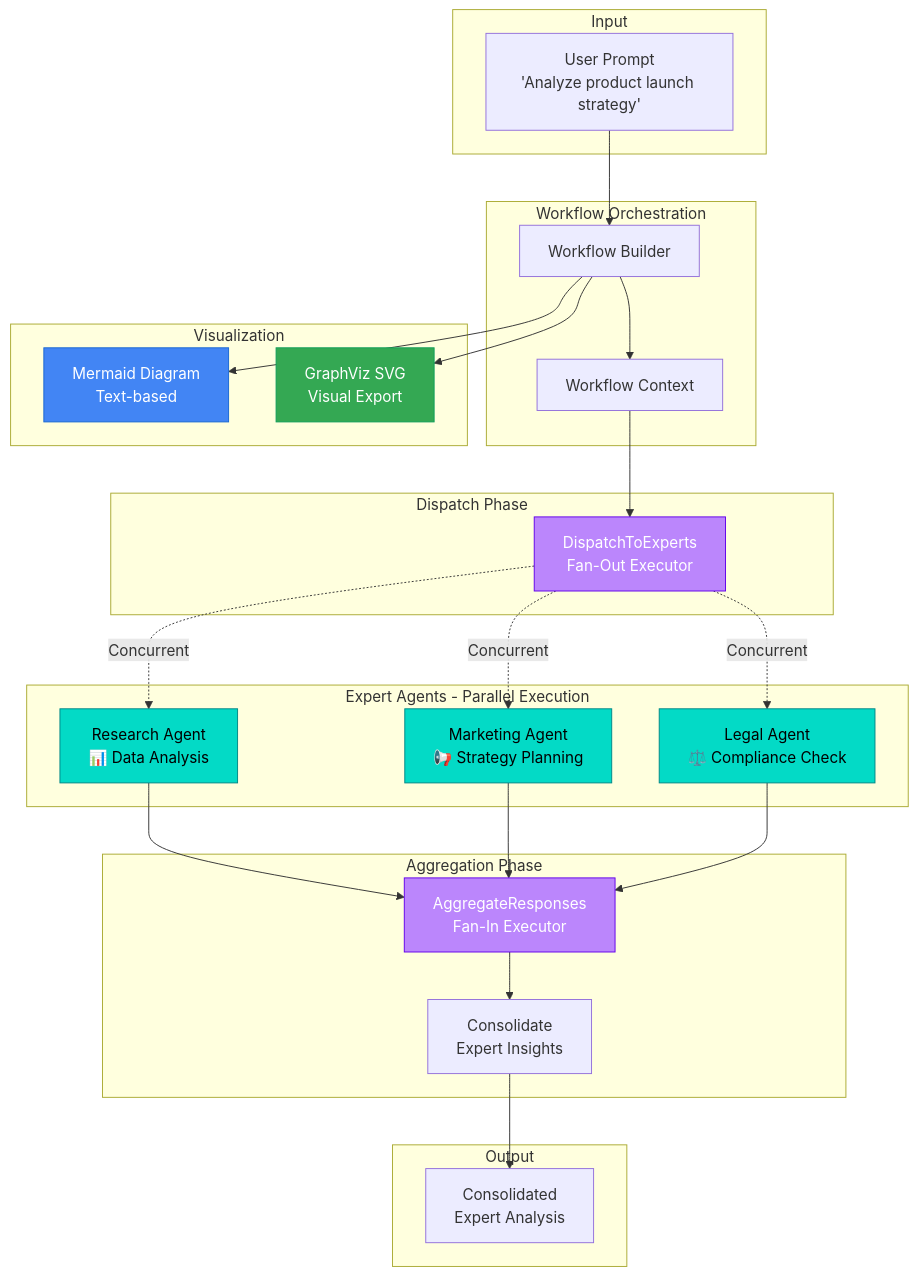
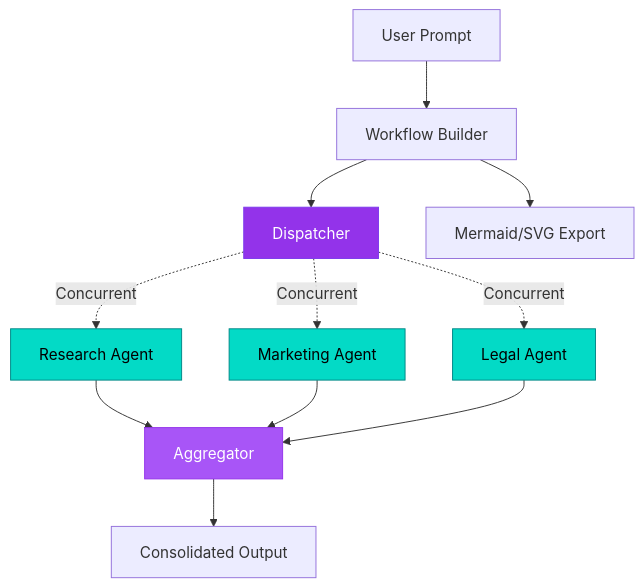
One commit to khanasif1/demo-microsoft-agent-framework changed the fourth of 4 diagrams in _src/README.md. Above: the diagram before and after it, drawn with Mermaid. The commit also changed other lines of this file, not shown here.

````diff
--- a/_src/README.md
+++ b/_src/README.md
@@ -287,61 +85,19 @@
 ```mermaid
 graph TB
-    subgraph "Input"
-        PROMPT[User Prompt<br/>'Analyze product launch strategy']
-    end
+    A[User Prompt] --> B[Workflow Builder]
+    B --> C[Dispatcher]
+    C -.->|Concurrent| D[Research Agent]
+    C -.->|Concurrent| E[Marketing Agent]
+    C -.->|Concurrent| F[Legal Agent]
+    D --> G[Aggregator]
+    E --> G
+    F --> G
+    G --> H[Consolidated Output]
+    B --> I[Mermaid/SVG Export]
     
-    subgraph "Workflow Orchestration"
-        WF[Workflow Builder]
-        CTX[Workflow Context]
-    end
-    
-    subgraph "Dispatch Phase"
-        DISPATCH[DispatchToExperts<br/>Fan-Out Executor]
-    end
-    
-    subgraph "Expert Agents - Parallel Execution"
-        RESEARCH[Research Agent<br/>📊 Data Analysis]
-        MARKETING[Marketing Agent<br/>📢 Strategy Planning]
-        LEGAL[Legal Agent<br/>⚖️ Compliance Check]
-    end
-    
-    subgraph "Aggregation Phase"
-        AGG[AggregateResponses<br/>Fan-In Executor]
-        CONSOLIDATE[Consolidate<br/>Expert Insights]
-    end
-    
-    subgraph "Visualization"
-        MERMAID[Mermaid Diagram<br/>Text-based]
-        GRAPHVIZ[GraphViz SVG<br/>Visual Export]
-    end
-    
-    subgraph "Output"
-        RESULT[Consolidated<br/>Expert Analysis]
-    end
-    
-    PROMPT --> WF
-    WF --> CTX
-    CTX --> DISPATCH
-    
-    DISPATCH -.->|Concurrent| RESEARCH
-    DISPATCH -.->|Concurrent| MARKETING
-    DISPATCH -.->|Concurrent| LEGAL
-    
-    RESEARCH --> AGG
-    MARKETING --> AGG
-    LEGAL --> AGG
-    
-    AGG --> CONSOLIDATE
-    CONSOLIDATE --> RESULT
-    
-    WF --> MERMAID
-    WF --> GRAPHVIZ
-    
-    style DISPATCH fill:#bb86fc,stroke:#6200ea,color:#fff
-    style RESEARCH fill:#03dac6,stroke:#018786,color:#000
-    style MARKETING fill:#03dac6,stroke:#018786,color:#000
-    style LEGAL fill:#03dac6,stroke:#018786,color:#000
-    style AGG fill:#bb86fc,stroke:#6200ea,color:#fff
-    style MERMAID fill:#4285f4,stroke:#1967d2,color:#fff
-    style GRAPHVIZ fill:#34a853,stroke:#0f9d58,color:#fff
+    style C fill:#9333EA,stroke:#7C3AED,color:#fff
+    style D fill:#03dac6,stroke:#018786,color:#000
+    style E fill:#03dac6,stroke:#018786,color:#000
+    style F fill:#03dac6,stroke:#018786,color:#000
+    style G fill:#A855F7,stroke:#9333EA,color:#fff
 ```
````
